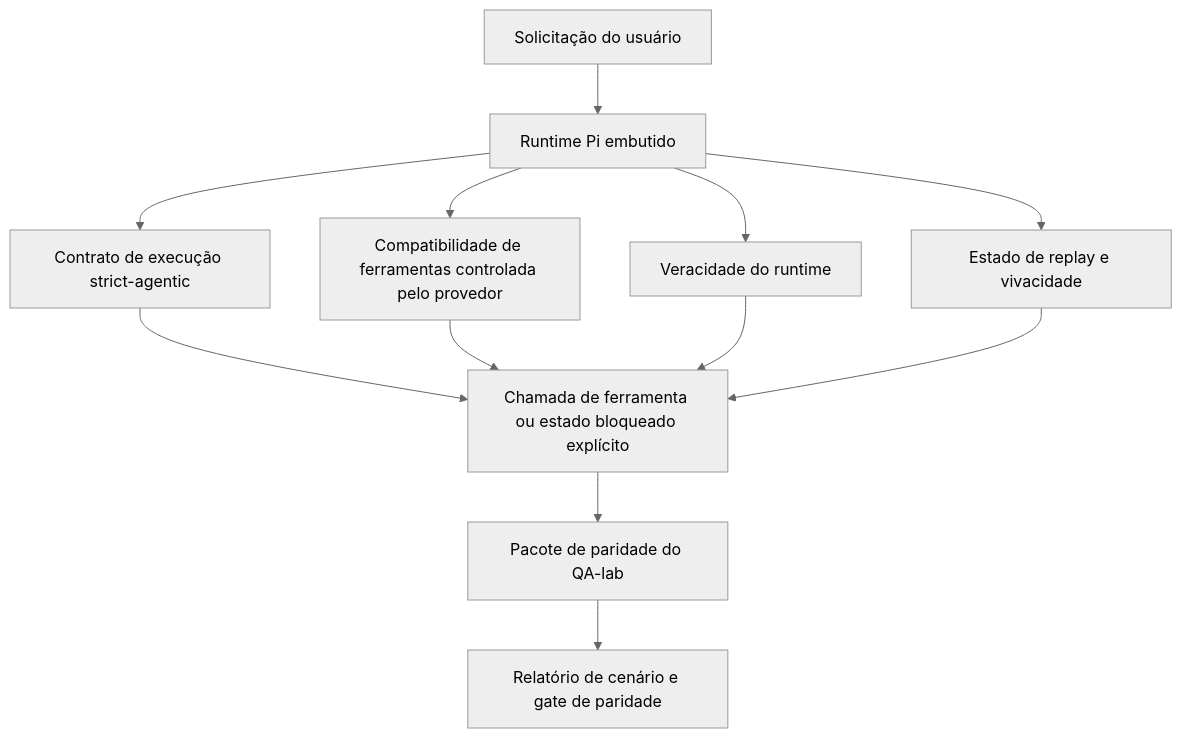
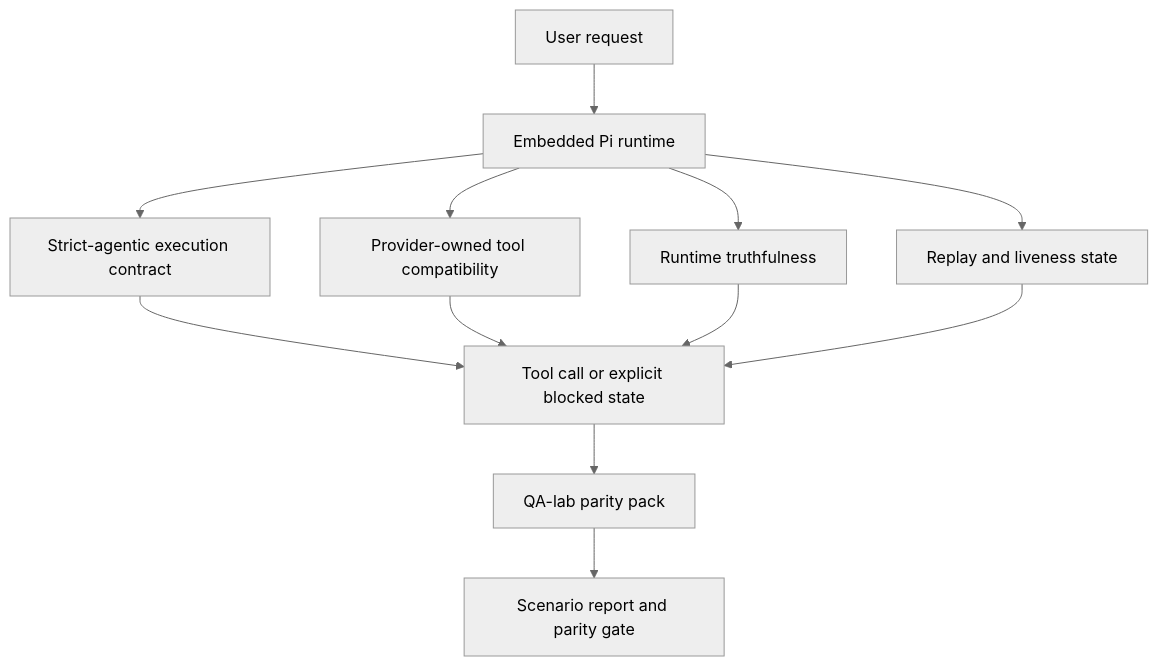
The first of 2 diagrams in docs/pt-BR/help/gpt55-codex-agentic-parity.md (openclaw/docs), drawn with Mermaid (neutral theme) before and after one commit. The commit also changed other lines of this file and 115 other files, not shown here.

````diff
--- a/docs/pt-BR/help/gpt55-codex-agentic-parity.md
+++ b/docs/pt-BR/help/gpt55-codex-agentic-parity.md
@@ -114,14 +112,14 @@
 ```mermaid
 flowchart TD
-    A["Solicitação do usuário"] --> B["Runtime Pi embutido"]
-    B --> C["Contrato de execução strict-agentic"]
-    B --> D["Compatibilidade de ferramentas controlada pelo provedor"]
-    B --> E["Veracidade do runtime"]
-    B --> F["Estado de replay e vivacidade"]
-    C --> G["Chamada de ferramenta ou estado bloqueado explícito"]
+    A["User request"] --> B["Embedded Pi runtime"]
+    B --> C["Strict-agentic execution contract"]
+    B --> D["Provider-owned tool compatibility"]
+    B --> E["Runtime truthfulness"]
+    B --> F["Replay and liveness state"]
+    C --> G["Tool call or explicit blocked state"]
     D --> G
     E --> G
     F --> G
-    G --> H["Pacote de paridade do QA-lab"]
-    H --> I["Relatório de cenário e gate de paridade"]
+    G --> H["QA-lab parity pack"]
+    H --> I["Scenario report and parity gate"]
 ```
````
